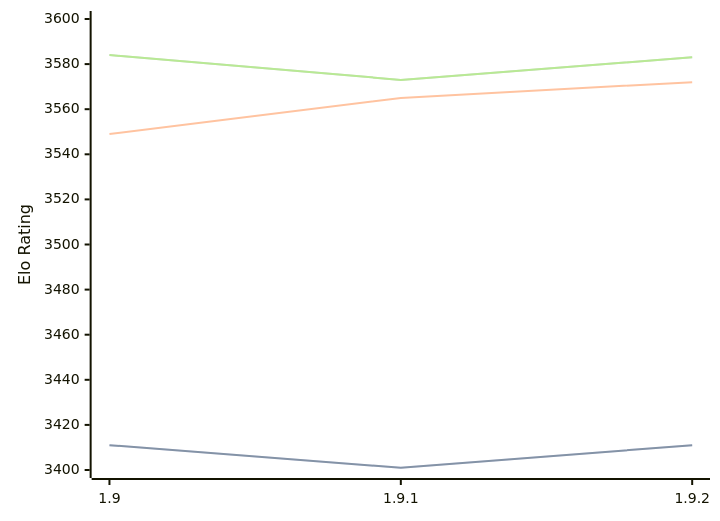
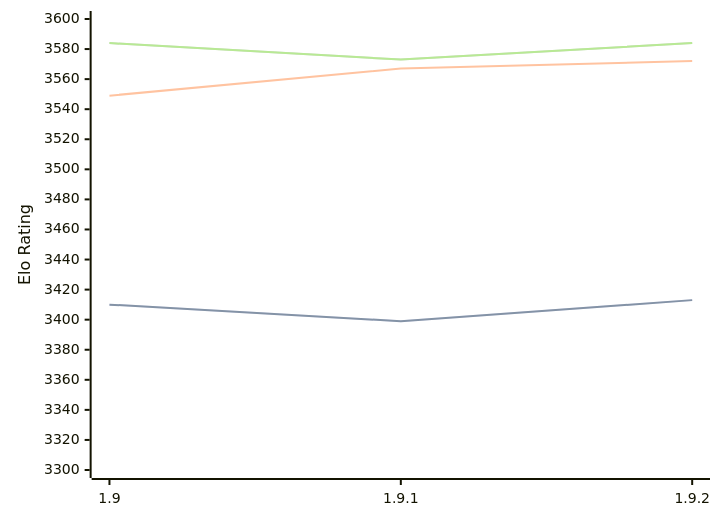
Before and after one commit to computer-chess-index/cci: the diagram in engines/Pawnocchio.md, drawn with Mermaid. The commit also changed other lines of this file, not shown here.

Commit message:
Update CCI Ratings (ELO VLTC) - 2026-03-12

````diff
--- a/engines/Pawnocchio.md
+++ b/engines/Pawnocchio.md
@@ -46,11 +46,11 @@
 ```mermaid
 %%{init: {"theme":"base","themeVariables":{"seriesColors:['#a3a3a3','#222221','#faa371']}}}%%
 xychart-beta
   x-axis ["1.9", "1.9.1", "1.9.2"]
-  y-axis "Elo Rating" 3400 --> 3600
-  line "STC (8.0+0.08s)" [3411, 3401, 3411]
-  line "STC (8.0+0.08s)" [3411, 3401, 3411]
-  line "LTC (60.0+0.60s)" [3549, 3565, 3572]
-  line "VLTC (2m24s+1.12s)" [3584, 3573, 3583]
-  line "VLTC (2m24s+1.12s)" [3584, 3573, 3583]
+  y-axis "Elo Rating" 3300 --> 3600
+  line "STC (8.0+0.08s)" [3410, 3399, 3413]
+  line "STC (8.0+0.08s)" [3410, 3399, 3413]
+  line "LTC (60.0+0.60s)" [3549, 3567, 3572]
+  line "VLTC (2m24s+1.12s)" [3584, 3573, 3584]
+  line "VLTC (2m24s+1.12s)" [3584, 3573, 3584]
 ```
````
